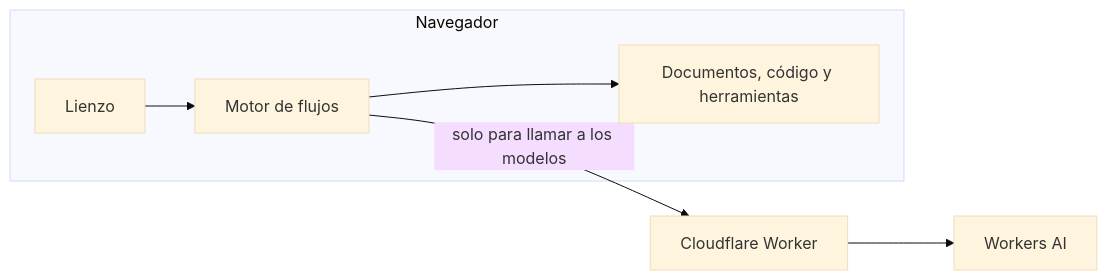
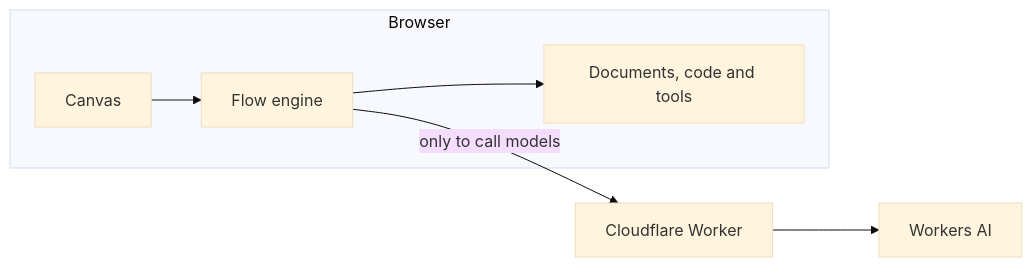
One commit to Fsucatti/telar changed the diagram in README.md. Above: the diagram before and after it, drawn with Mermaid (base theme). The commit also changed other lines of this file and 2 other files, not shown here.

````diff
--- a/README.md
+++ b/README.md
@@ -80,9 +80,9 @@
 ```mermaid
 flowchart LR
-  subgraph Navegador
-    A[Lienzo] --> B[Motor de flujos]
-    B --> C[Documentos, código y herramientas]
+  subgraph Browser
+    A[Canvas] --> B[Flow engine]
+    B --> C[Documents, code and tools]
   end
-  B -- solo para llamar a los modelos --> D[Cloudflare Worker]
+  B -- only to call models --> D[Cloudflare Worker]
   D --> E[Workers AI]
 ```
````
